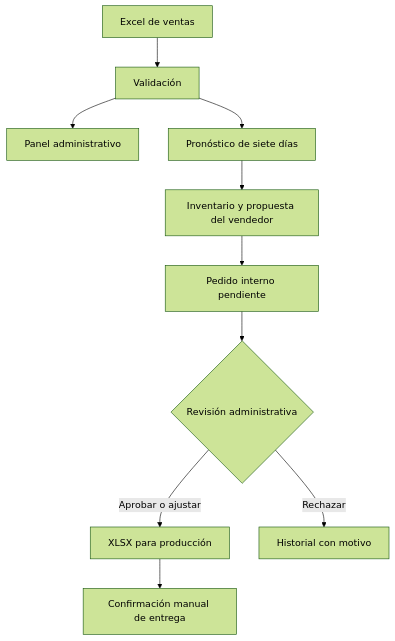
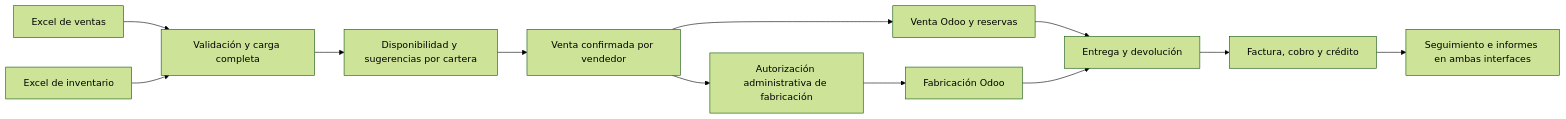
Before and after one commit to HenryBo06/ProyectoSistemaVitali: the diagram in README.md, drawn with Mermaid (forest theme). The commit also changed other lines of this file and 104 other files, not shown here.

````diff
--- a/README.md
+++ b/README.md
@@ -57,12 +60,14 @@
 ```mermaid
-flowchart TB
-    A[Excel de ventas] --> B[Validación]
-    B --> C[Panel administrativo]
-    B --> D[Pronóstico de siete días]
-    D --> E[Inventario y propuesta del vendedor]
-    E --> F[Pedido interno pendiente]
-    F --> G{Revisión administrativa}
-    G -->|Aprobar o ajustar| H[XLSX para producción]
-    G -->|Rechazar| I[Historial con motivo]
-    H --> J[Confirmación manual de entrega]
+flowchart LR
+    A[Excel de ventas] --> C[Validación y carga completa]
+    B[Excel de inventario] --> C
+    C --> D[Disponibilidad y sugerencias por cartera]
+    D --> E[Venta confirmada por vendedor]
+    E --> F[Venta Odoo y reservas]
+    E --> G[Autorización administrativa de fabricación]
+    G --> H[Fabricación Odoo]
+    F --> I[Entrega y devolución]
+    H --> I
+    I --> J[Factura, cobro y crédito]
+    J --> K[Seguimiento e informes en ambas interfaces]
 ```
````
